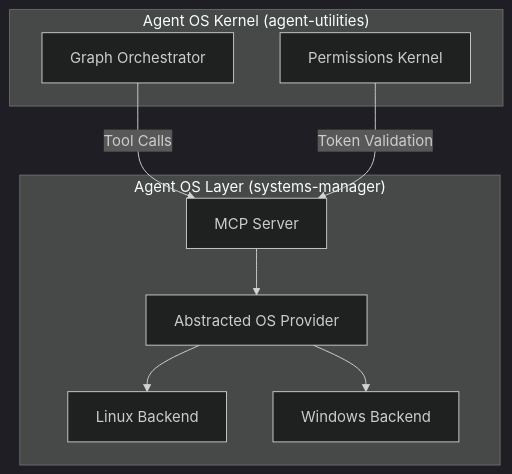
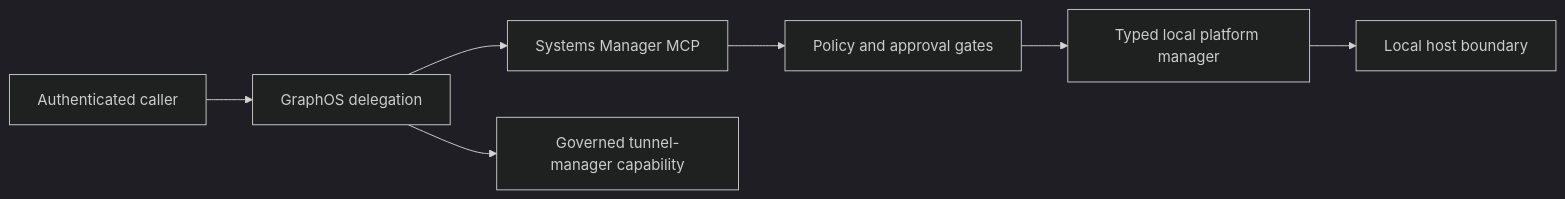
Before and after one commit to Knuckles-Team/systems-manager: the diagram in docs/overview.md, drawn with Mermaid (dark theme). The commit also changed other lines of this file and 93 other files, not shown here.

Commit message:
assimilate advanced systems-manager: security hardening + capability/connector-source certification bundle

````diff
--- a/docs/overview.md
+++ b/docs/overview.md
@@ -49,20 +50,9 @@
 ```mermaid
-flowchart TD
-    subgraph "Agent OS Kernel (agent-utilities)"
-        Orchestrator[Graph Orchestrator]
-        Auth[Permissions Kernel]
-    end
-
-    subgraph "Agent OS Layer (systems-manager)"
-        MCP[MCP Server]
-        OSProvider[Abstracted OS Provider]
-        Linux[Linux Backend]
-        Windows[Windows Backend]
-    end
-
-    Orchestrator -->|Tool Calls| MCP
-    Auth -->|Token Validation| MCP
-    MCP --> OSProvider
-    OSProvider --> Linux
-    OSProvider --> Windows
+flowchart LR
+    Caller[Authenticated caller] --> GraphOS[GraphOS delegation]
+    GraphOS --> MCP[Systems Manager MCP]
+    MCP --> Policy[Policy and approval gates]
+    Policy --> Manager[Typed local platform manager]
+    Manager --> Host[Local host boundary]
+    GraphOS --> Tunnel[Governed tunnel-manager capability]
 ```
````
